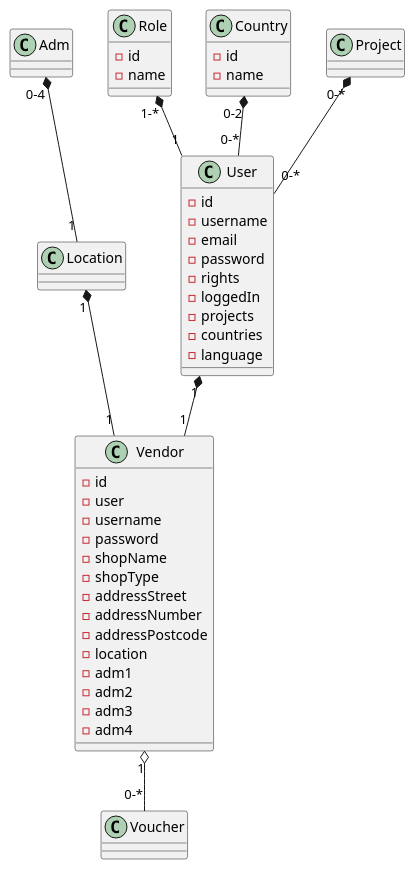
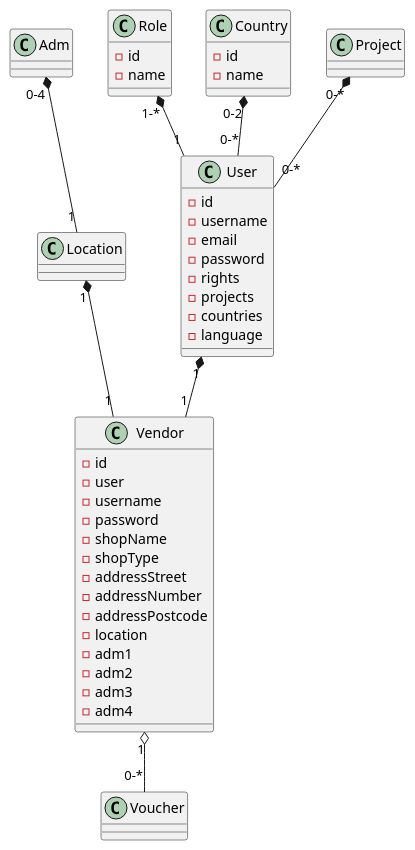
Before and after one commit to ReliefApplications/bms_front: the diagram in src/app/model/uml/user.plantuml, drawn with PlantUML. The commit also changed 15 other files, not shown here.

```diff
--- a/src/app/model/uml/user.plantuml
+++ b/src/app/model/uml/user.plantuml
@@ -1,54 +1,53 @@
 @startuml customModelFields
 
 class User {
     - id
     - username
     - email
     - password
     - rights
-    - loggedIn
     - projects
     - countries
     - language
 }
 
 class Vendor {
     - id
     - user
     - username
     - password
     - shopName
     - shopType
     - addressStreet
     - addressNumber
     - addressPostcode
     - location
     - adm1
     - adm2
     - adm3
     - adm4
 }
 
 class Role {
     - id
     - name
 }
 
 class Country {
     - id
     - name
 }
 
  Adm "0-4" *-- "1" Location
 
  
  Role "1-*" *-- "1" User
  Country "0-2" *-- "0-*" User
  Project "0-*" *-- "0-*" User
  
  User "1" *-- "1" Vendor
  Location "1" *-- "1" Vendor
  
  Vendor "1" o-- "0-*" Voucher
  
 @enduml
```
